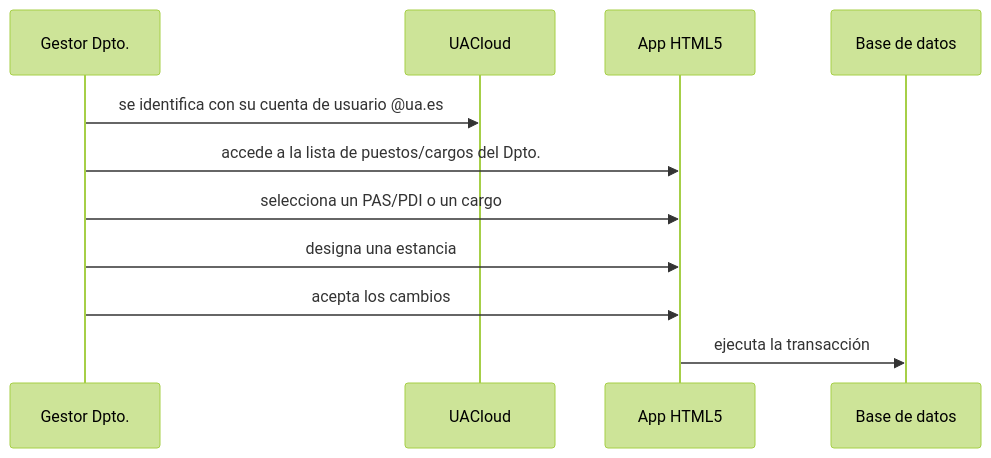
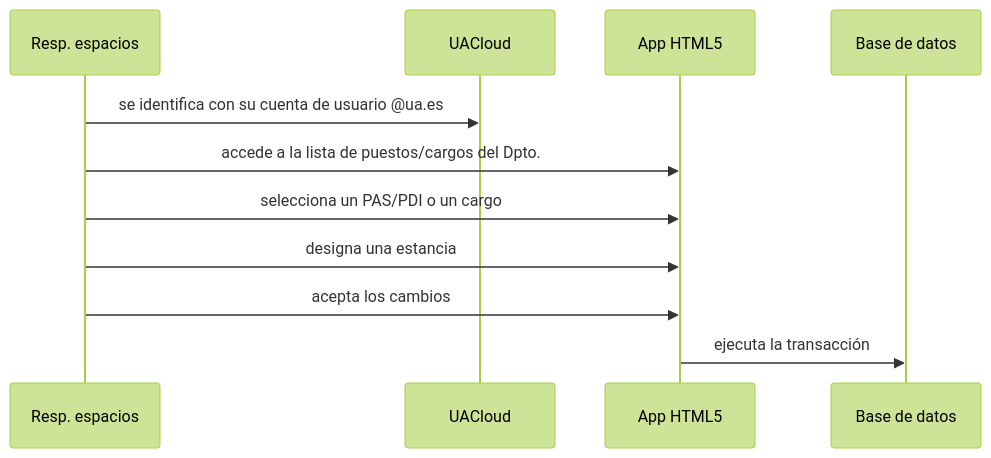
The diagram in ds04.md (labgeo/ua-mods), drawn with Mermaid (forest theme) before and after one commit.

```diff
--- a/ds04.md
+++ b/ds04.md
@@ -5,9 +5,9 @@
 {% mermaid %}
 sequenceDiagram;
-  Gestor Dpto.->>UACloud: se identifica con su cuenta de usuario @ua.es;
-  Gestor Dpto.->>App HTML5: accede a la lista de puestos/cargos del Dpto.;
-  Gestor Dpto.->>App HTML5: selecciona un PAS/PDI o un cargo;
-  Gestor Dpto.->>App HTML5: designa una estancia;
-  Gestor Dpto.->>App HTML5: acepta los cambios;
+  Resp. espacios->>UACloud: se identifica con su cuenta de usuario @ua.es;
+  Resp. espacios->>App HTML5: accede a la lista de puestos/cargos del Dpto.;
+  Resp. espacios->>App HTML5: selecciona un PAS/PDI o un cargo;
+  Resp. espacios->>App HTML5: designa una estancia;
+  Resp. espacios->>App HTML5: acepta los cambios;
   App HTML5->>Base de datos: ejecuta la transacción;
 {% endmermaid %}
```
